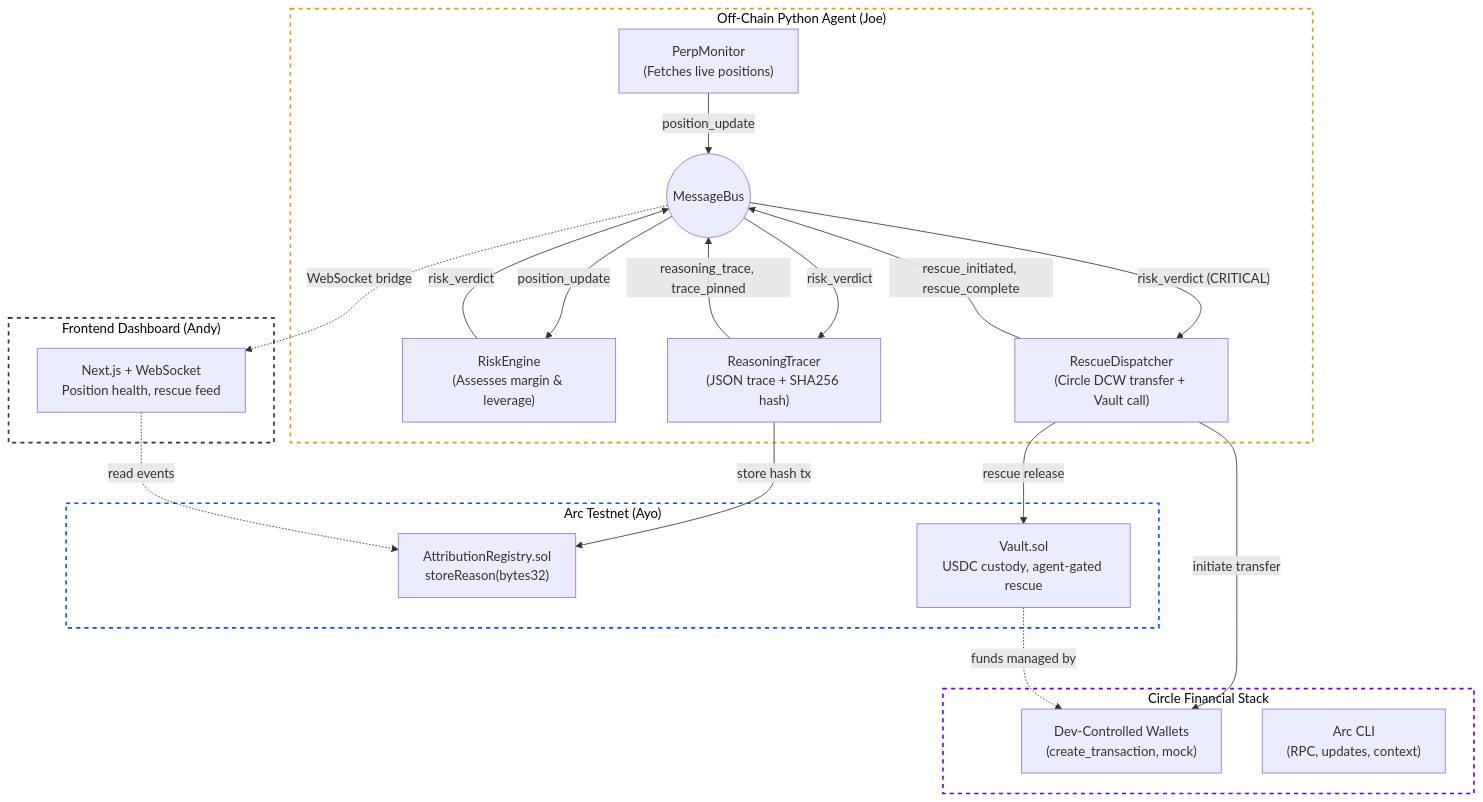
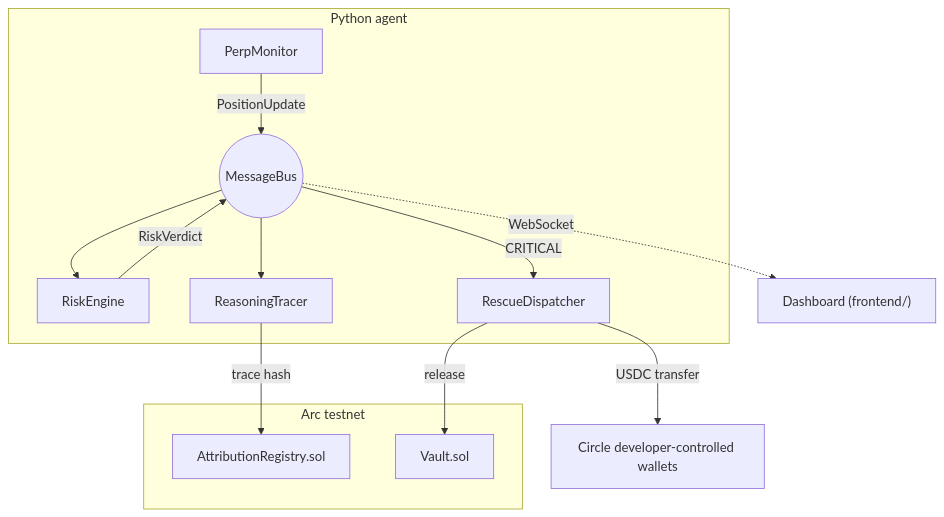
Before and after one commit to joethesaint/AGORA-glass: the diagram in README.md, drawn with Mermaid. The commit also changed other lines of this file and 101 other files, not shown here.

````diff
--- a/README.md
+++ b/README.md
@@ -39,44 +23,18 @@
 ```mermaid
 flowchart TD
-    subgraph OffChain["Off-Chain Python Agent (Joe)"]
-        Monitor["PerpMonitor\n(Fetches live positions)"]
-        Engine["RiskEngine\n(Assesses margin & leverage)"]
-        Tracer["ReasoningTracer\n(JSON trace + SHA256 hash)"]
-        Dispatcher["RescueDispatcher\n(Circle DCW transfer + Vault call)"]
-        Bus(("MessageBus"))
-
-        Monitor -->|position_update| Bus
-        Bus -->|position_update| Engine
-        Engine -->|risk_verdict| Bus
-        Bus -->|risk_verdict| Tracer
-        Bus -->|"risk_verdict (CRITICAL)"| Dispatcher
-        Tracer -->|reasoning_trace, trace_pinned| Bus
-        Dispatcher -->|rescue_initiated, rescue_complete| Bus
+    subgraph Agent["Python agent"]
+        Monitor["PerpMonitor"] -->|PositionUpdate| Bus(("MessageBus"))
+        Bus --> Engine["RiskEngine"]
+        Engine -->|RiskVerdict| Bus
+        Bus --> Tracer["ReasoningTracer"]
+        Bus -->|CRITICAL| Dispatcher["RescueDispatcher"]
     end
-
-    subgraph OnChain["Arc Testnet (Ayo)"]
-        Registry["AttributionRegistry.sol\nstoreReason(bytes32)"]
-        Vault["Vault.sol\nUSDC custody, agent-gated rescue"]
+    subgraph Arc["Arc testnet"]
+        Registry["AttributionRegistry.sol"]
+        Vault["Vault.sol"]
     end
-
-    subgraph CircleStack["Circle Financial Stack"]
-        Wallets["Dev-Controlled Wallets\n(create_transaction, mock)"]
-        CLI["Arc CLI\n(RPC, updates, context)"]
-    end
-
-    subgraph Frontend["Frontend Dashboard (Andy)"]
-        UI["Next.js + WebSocket\nPosition health, rescue feed"]
-    end
-
-    Bus -.->|"WebSocket bridge"| UI
-    Tracer -->|store hash tx| Registry
-    Dispatcher -->|rescue release| Vault
-    Dispatcher -->|initiate transfer| Wallets
-    Vault -.->|funds managed by| Wallets
-    UI -.->|read events| Registry
-
-    style OffChain fill:none,stroke:#d4a017,stroke-width:2px,stroke-dasharray:5 5,color:#000
-    style OnChain fill:none,stroke:#0052ff,stroke-width:2px,stroke-dasharray:5 5,color:#000
-    style CircleStack fill:none,stroke:#6700eb,stroke-width:2px,stroke-dasharray:5 5,color:#000
-    style Frontend fill:none,stroke:#333,stroke-width:2px,stroke-dasharray:5 5,color:#000
+    Tracer -->|trace hash| Registry
+    Dispatcher -->|release| Vault
+    Dispatcher -->|USDC transfer| Wallets["Circle developer-controlled wallets"]
+    Bus -.->|WebSocket| UI["Dashboard (frontend/)"]
 ```
````
